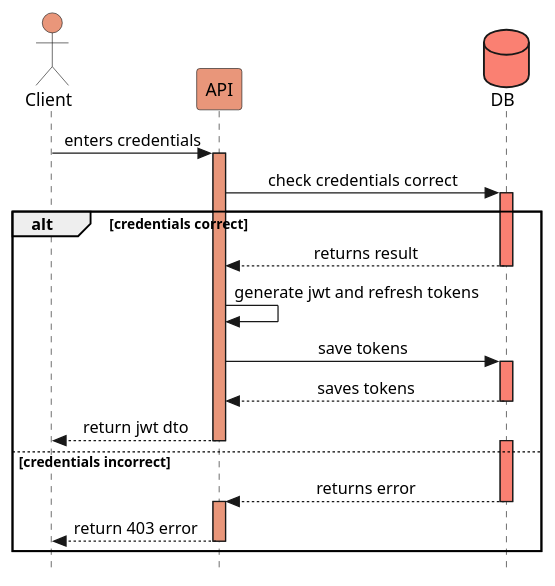
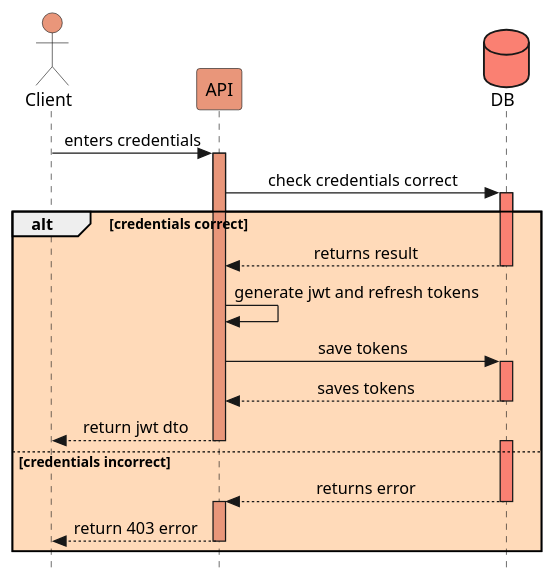
The diagram in docs/diagrams/SequenceDiagramLogIn.puml (Arquisoft/wiq_en2b), drawn with PlantUML before and after one commit. The commit also changed 1 other file, not shown here.

```diff
--- a/docs/diagrams/SequenceDiagramLogIn.puml
+++ b/docs/diagrams/SequenceDiagramLogIn.puml
@@ -1,33 +1,33 @@
 @startuml login
 
 actor Client #darksalmon
 participant API #darksalmon
 database DB #salmon
 skinparam Style strictuml
 skinparam SequenceMessageAlignment center
 
 Client -> API : enters credentials
 activate API #darksalmon
 API -> DB    : check credentials correct
-alt credentials correct
+alt #PeachPuff credentials correct
     activate DB #salmon
     DB --> API     : returns result
     deactivate DB
     API -> API : generate jwt and refresh tokens
     API -> DB    : save tokens
     activate DB #salmon
     DB --> API     : saves tokens
     deactivate DB
     API --> Client : return jwt dto
     deactivate API
 else credentials incorrect
     activate DB #salmon
     DB --> API     : returns error
     deactivate DB
     activate API #darksalmon
     API --> Client : return 403 error
     deactivate API
 end
 
 
 @enduml
```
